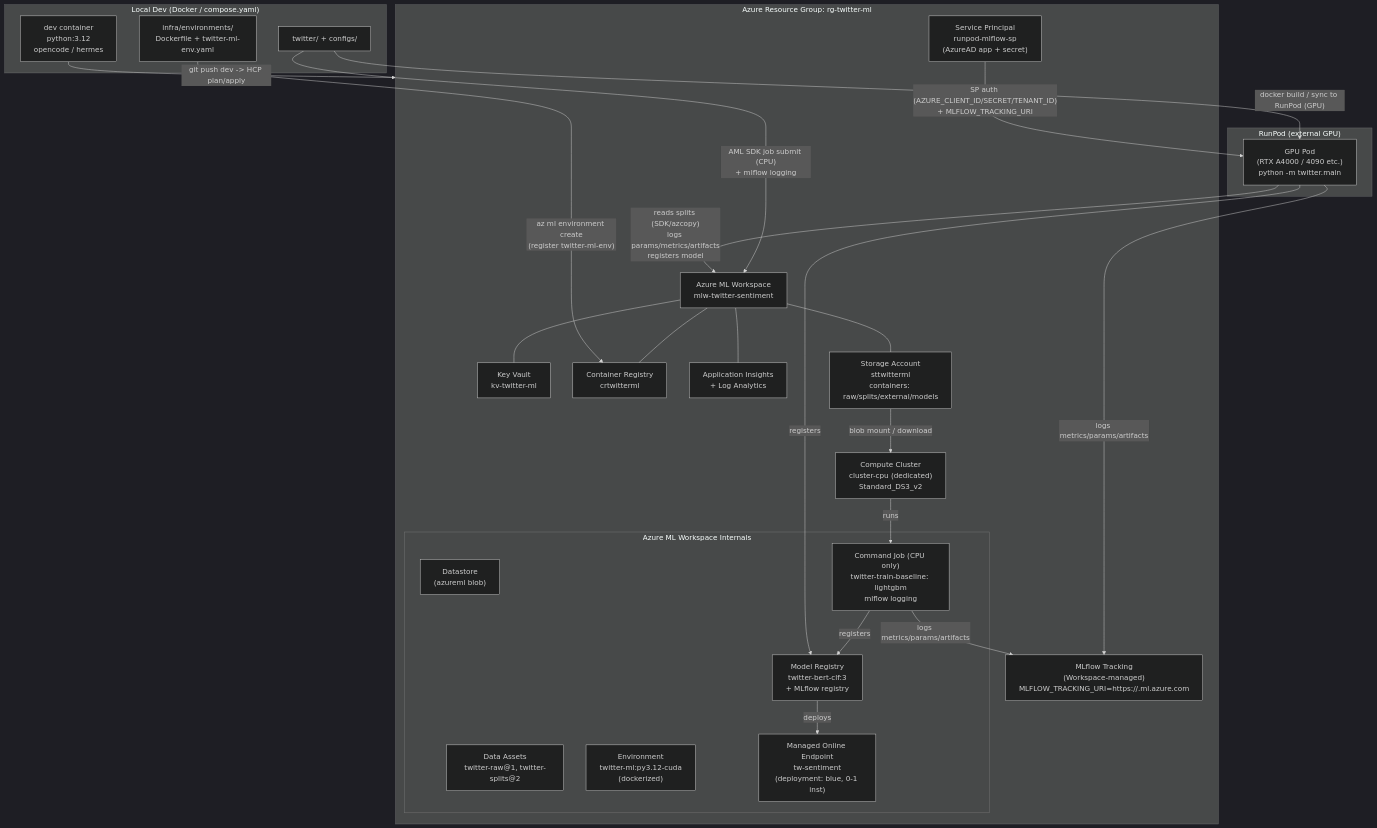
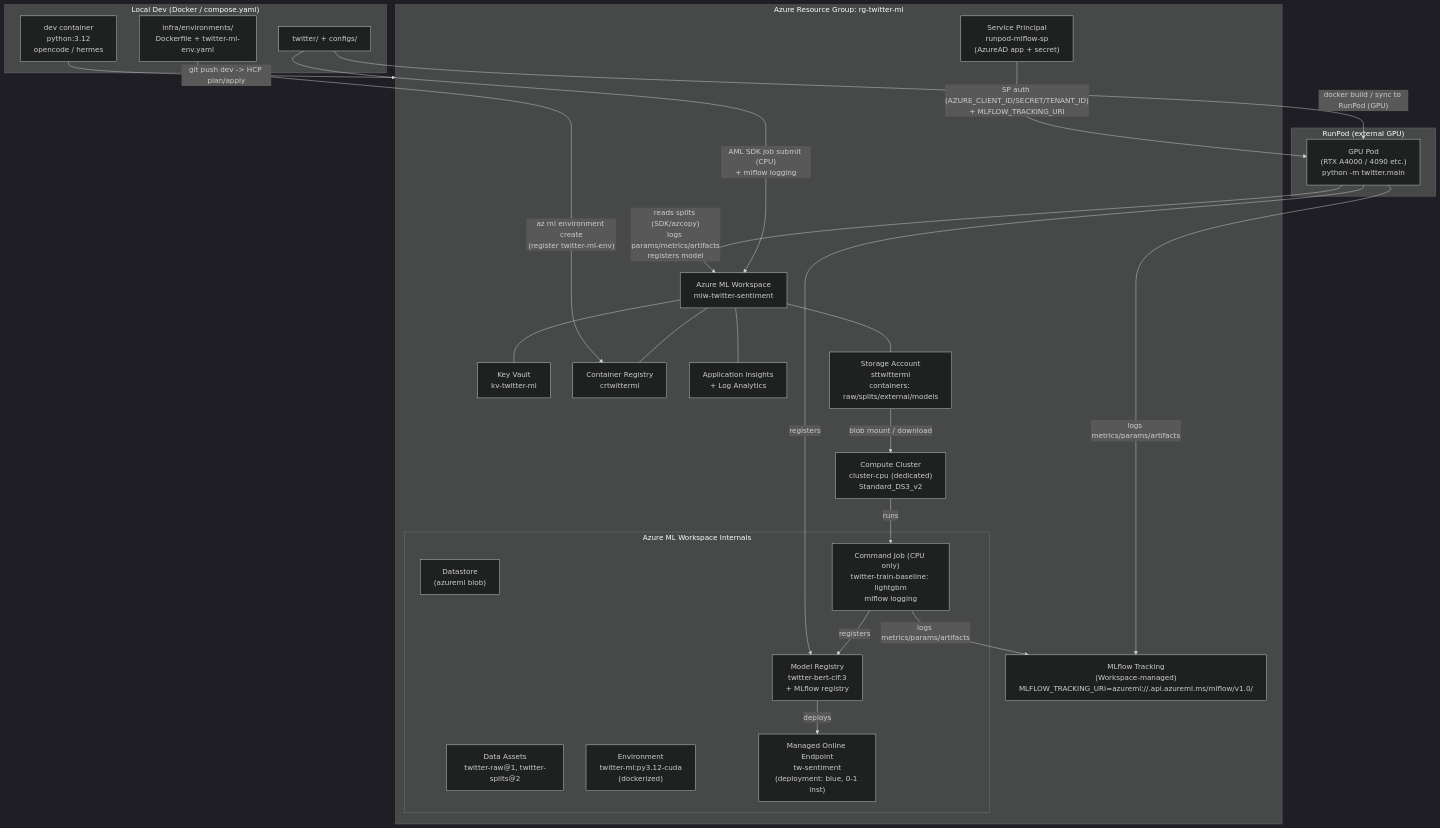
The first of 2 diagrams in docs/azure-infrastructure-plan.md (michaelschott00/twitter-sentiment-analysis), drawn with Mermaid (dark theme) before and after one commit. The commit also changed other lines of this file and 8 other files, not shown here.

First line of the commit message:
Log MLflow runs to Azure and register trained models

````diff
--- a/docs/azure-infrastructure-plan.md
+++ b/docs/azure-infrastructure-plan.md
@@ -35,52 +35,52 @@
 ```mermaid
 flowchart TB
     subgraph Local["Local Dev (Docker / compose.yaml)"]
         DEV["dev container\npython:3.12\nopencode / hermes"]
         CODE["twitter/ + configs/"]
         ENVDEF["infra/environments/\nDockerfile + twitter-ml-env.yaml"]
     end
 
     subgraph AzureRG["Azure Resource Group: rg-twitter-ml"]
         ST["Storage Account\nsttwitterml\ncontainers: raw/splits/external/models"]
         KV["Key Vault\nkv-twitter-ml"]
         ACR["Container Registry\ncrtwitterml"]
         AI["Application Insights\n+ Log Analytics"]
         WS["Azure ML Workspace\nmlw-twitter-sentiment"]
         SP["Service Principal\nrunpod-mlflow-sp\n(AzureAD app + secret)"]
         CPU["Compute Cluster\ncluster-cpu (dedicated)\nStandard_DS3_v2"]
 
         WS --- ST
         WS --- KV
         WS --- ACR
         WS --- AI
 
         subgraph AML["Azure ML Workspace Internals"]
             DS["Datastore\n(azureml blob)"]
             DA["Data Assets\ntwitter-raw@1, twitter-splits@2"]
             ENV["Environment\ntwitter-ml:py3.12-cuda\n(dockerized)"]
             JOB["Command Job (CPU only)\ntwitter-train-baseline: lightgbm\nmlflow logging"]
             REG["Model Registry\ntwitter-bert-clf:3\n+ MLflow registry"]
             EP["Managed Online Endpoint\ntw-sentiment\n(deployment: blue, 0-1 inst)"]
         end
 
-        MLFLOW["MLflow Tracking\n(Workspace-managed)\nMLFLOW_TRACKING_URI=https://<ws>.ml.azure.com"]
+        MLFLOW["MLflow Tracking\n(Workspace-managed)\nMLFLOW_TRACKING_URI=azureml://<region>.api.azureml.ms/mlflow/v1.0/<ws-id>"]
     end
 
     subgraph RunPod["RunPod (external GPU)"]
         POD["GPU Pod\n(RTX A4000 / 4090 etc.)\npython -m twitter.main"]
     end
 
     DEV -- "git push dev -> HCP plan/apply" --> AzureRG
     CODE -- "AML SDK job submit (CPU)\n+ mlflow logging" --> WS
     CODE -- "docker build / sync to RunPod (GPU)" --> POD
     SP -- "SP auth (AZURE_CLIENT_ID/SECRET/TENANT_ID)\n+ MLFLOW_TRACKING_URI" --> POD
     POD -- "reads splits (SDK/azcopy)\nlogs params/metrics/artifacts\nregisters model" --> WS
     ENVDEF -- "az ml environment create\n(register twitter-ml-env)" --> ACR
     ST -- "blob mount / download" --> CPU
     CPU -- "runs" --> JOB
     JOB -- "logs metrics/params/artifacts" --> MLFLOW
     POD -- "logs metrics/params/artifacts" --> MLFLOW
     JOB -- "registers" --> REG
     POD -- "registers" --> REG
     REG -- "deploys" --> EP
 ```
````
